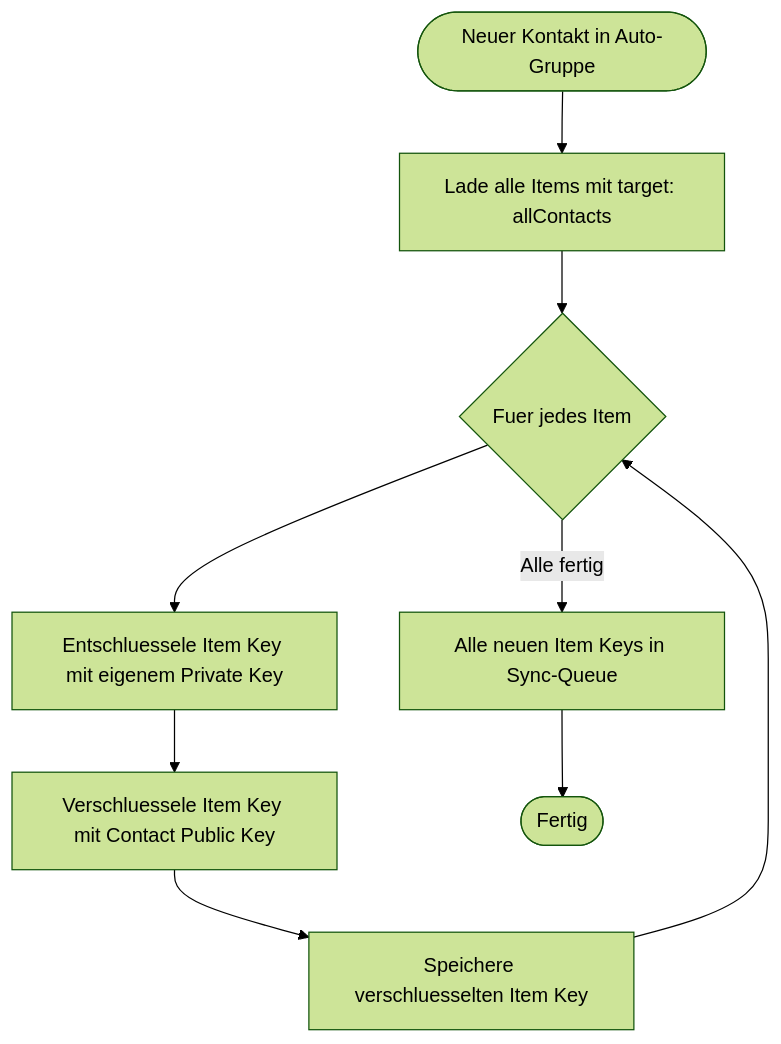
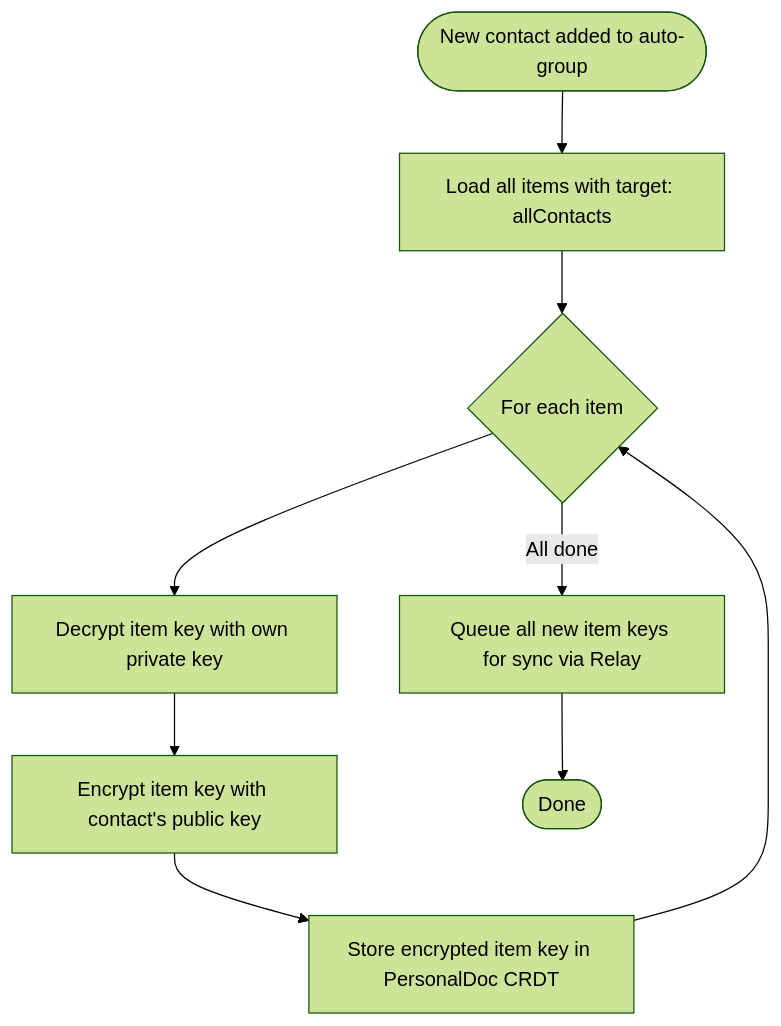
Before and after one commit to IT4Change/web-of-trust: the sixth of 8 diagrams in docs/flows/02-verification-technical.md, drawn with Mermaid (forest theme). The commit also changed other lines of this file and 6 other files, not shown here.

````diff
--- a/docs/flows/02-verification-technical.md
+++ b/docs/flows/02-verification-technical.md
@@ -193,14 +195,14 @@
 ```mermaid
 flowchart TD
-    Start(["Neuer Kontakt in Auto-Gruppe"]) --> Fetch["Lade alle Items mit target: allContacts"]
-    
-    Fetch --> Loop{"Fuer jedes Item"}
-    
-    Loop --> Decrypt["Entschluessele Item Key mit eigenem Private Key"]
-    Decrypt --> Encrypt["Verschluessele Item Key mit Contact Public Key"]
-    Encrypt --> Store["Speichere verschluesselten Item Key"]
+    Start(["New contact added to auto-group"]) --> Fetch["Load all items with target: allContacts"]
+
+    Fetch --> Loop{"For each item"}
+
+    Loop --> Decrypt["Decrypt item key with own private key"]
+    Decrypt --> Encrypt["Encrypt item key with contact's public key"]
+    Encrypt --> Store["Store encrypted item key in PersonalDoc CRDT"]
     Store --> Loop
-    
-    Loop -->|Alle fertig| Queue["Alle neuen Item Keys in Sync-Queue"]
-    Queue --> End(["Fertig"])
+
+    Loop -->|All done| Queue["Queue all new item keys for sync via Relay"]
+    Queue --> End(["Done"])
 ```
````
